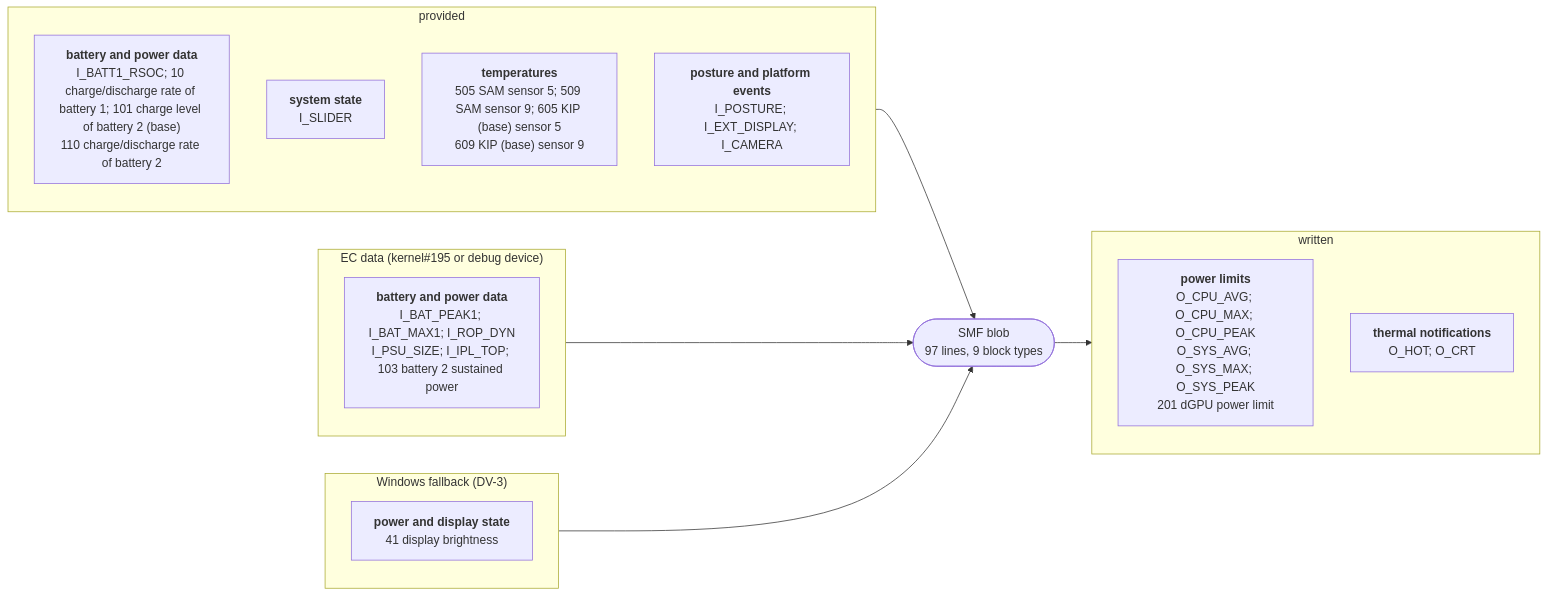
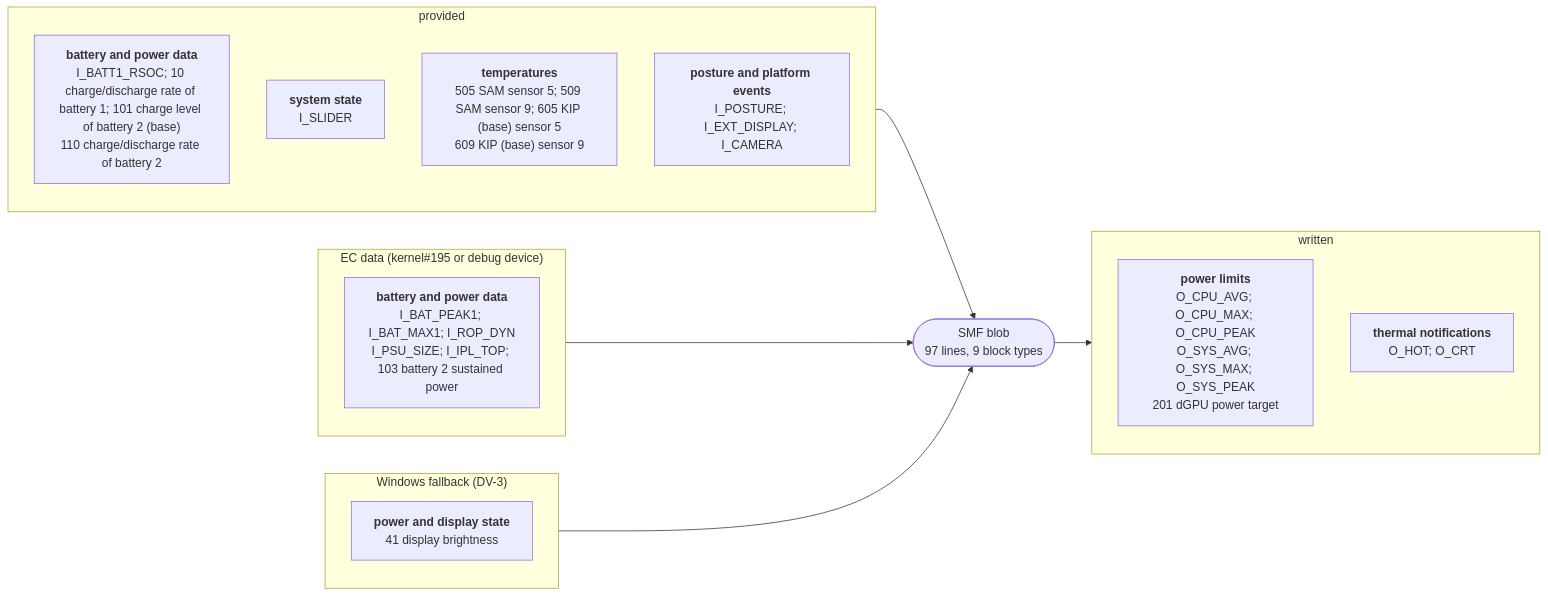
The diagram in docs/devices/surface-book-3-13.md (larsschellhas/linux-surface-power), drawn with Mermaid before and after one commit. The commit also changed other lines of this file and 28 other files, not shown here.

````diff
--- a/docs/devices/surface-book-3-13.md
+++ b/docs/devices/surface-book-3-13.md
@@ -19,24 +19,24 @@
 ```mermaid
 flowchart LR
     subgraph IN0["provided"]
         I0_28B7BD85["<b>battery and power data</b><br/>I_BATT1_RSOC; 10 charge/discharge rate of battery 1; 101 charge level of battery 2 (base)<br/>110 charge/discharge rate of battery 2"]
         I0_2DD6960F["<b>system state</b><br/>I_SLIDER"]
         I0_2E8B14C2["<b>temperatures</b><br/>505 SAM sensor 5; 509 SAM sensor 9; 605 KIP (base) sensor 5<br/>609 KIP (base) sensor 9"]
         I0_8060B17F["<b>posture and platform events</b><br/>I_POSTURE; I_EXT_DISPLAY; I_CAMERA"]
     end
     IN0 --> B
     subgraph IN1["EC data (kernel#195 or debug device)"]
         I1_28B7BD85["<b>battery and power data</b><br/>I_BAT_PEAK1; I_BAT_MAX1; I_ROP_DYN<br/>I_PSU_SIZE; I_IPL_TOP; 103 battery 2 sustained power"]
     end
     IN1 --> B
     subgraph IN2["Windows fallback (DV-3)"]
         I2_1FB53D4C["<b>power and display state</b><br/>41 display brightness"]
     end
     IN2 --> B
     B(["SMF blob<br/>97 lines, 9 block types"])
     subgraph OUT0["written"]
-        O0_0B7B5350["<b>power limits</b><br/>O_CPU_AVG; O_CPU_MAX; O_CPU_PEAK<br/>O_SYS_AVG; O_SYS_MAX; O_SYS_PEAK<br/>201 dGPU power limit"]
+        O0_0B7B5350["<b>power limits</b><br/>O_CPU_AVG; O_CPU_MAX; O_CPU_PEAK<br/>O_SYS_AVG; O_SYS_MAX; O_SYS_PEAK<br/>201 dGPU power target"]
         O0_110DF2A4["<b>thermal notifications</b><br/>O_HOT; O_CRT"]
     end
     B --> OUT0
 ```
````
